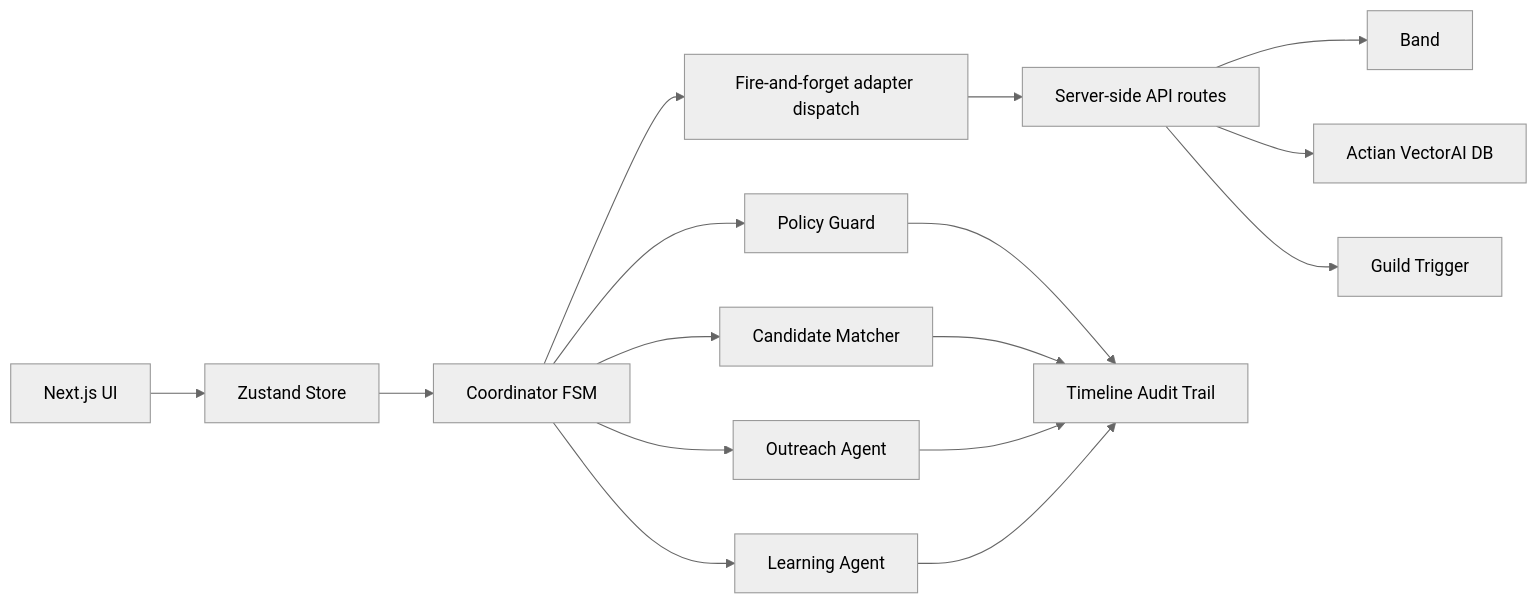
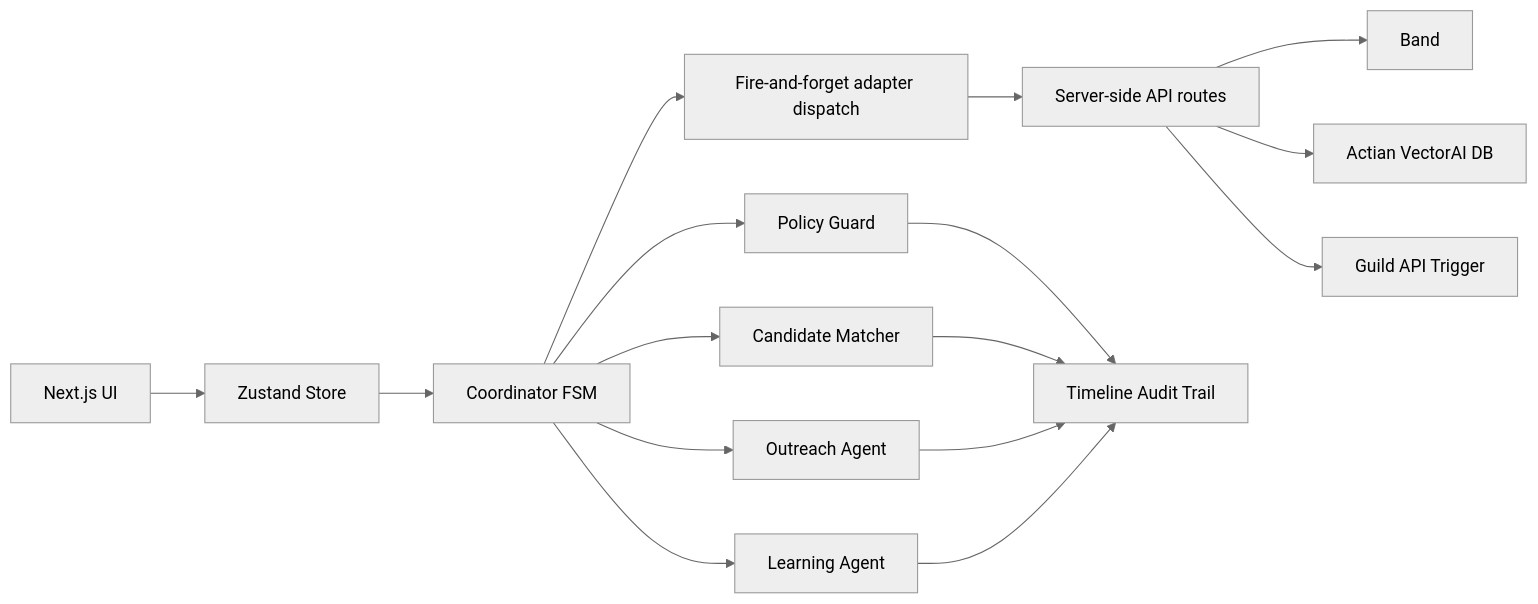
The diagram in README.md (patricktran1/Blankless), drawn with Mermaid (neutral theme) before and after one commit. The commit also changed other lines of this file, not shown here.

Commit message:
docs(guild): document API trigger connection

````diff
--- a/README.md
+++ b/README.md
@@ -17,18 +17,18 @@
 ```mermaid
 flowchart LR
   UI[Next.js UI] --> Store[Zustand Store]
   Store --> FSM[Coordinator FSM]
   FSM --> Guard[Policy Guard]
   FSM --> Match[Candidate Matcher]
   FSM --> Outreach[Outreach Agent]
   FSM --> Learn[Learning Agent]
   FSM --> Dispatch[Fire-and-forget adapter dispatch]
   Dispatch --> Routes[Server-side API routes]
   Routes --> Band[Band]
   Routes --> Actian[Actian VectorAI DB]
-  Routes --> Guild[Guild Trigger]
+  Routes --> Guild[Guild API Trigger]
   Guard --> Audit[Timeline Audit Trail]
   Match --> Audit
   Outreach --> Audit
   Learn --> Audit
 ```
````
